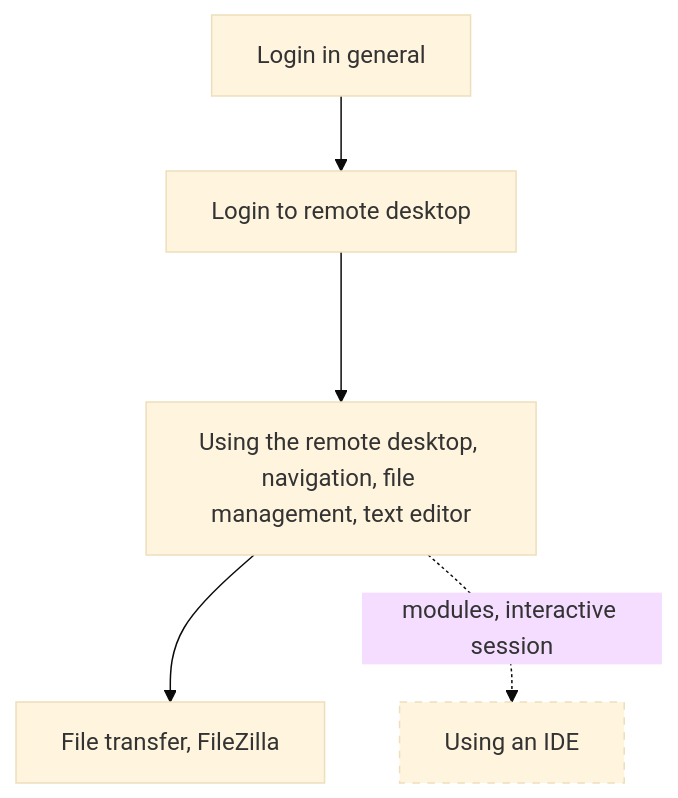
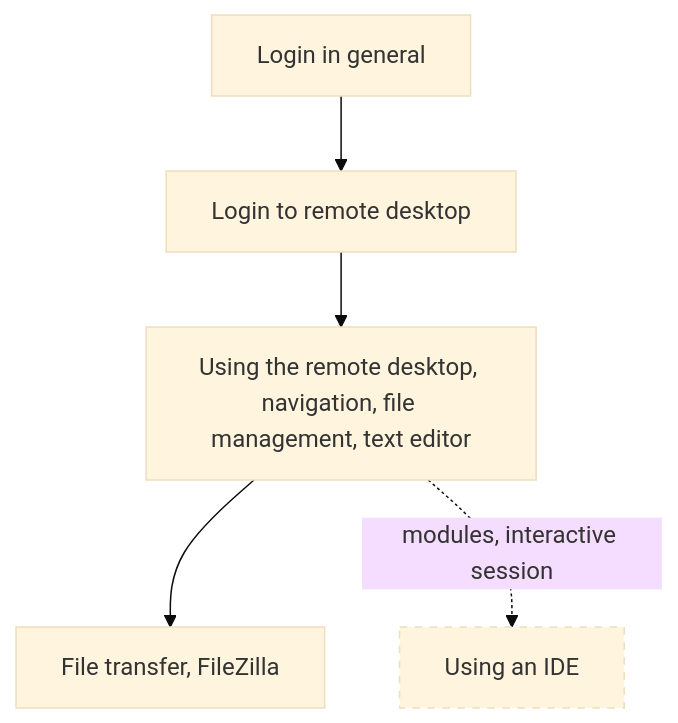
One commit to UPPMAX/uppmax_intro_day_1 changed the diagram in docs/sessions/introduction_visual.md. Above: the diagram before and after it, drawn with Mermaid (base theme).

Commit message:
Fix arrow length

````diff
--- a/docs/sessions/introduction_visual.md
+++ b/docs/sessions/introduction_visual.md
@@ -27,16 +27,16 @@
 ```mermaid
 flowchart TD
   classDef maybe_not_node stroke-dasharray: 5 5
 
   login[Login in general]
   login_remote_desktop[Login to remote desktop]
   use_remote_desktop[Using the remote desktop, navigation, file management, text editor]
   file_transfer_filezilla[File transfer, FileZilla]
   use_ide[Using an IDE]:::maybe_not_node
 
   %% GUI
   login --> login_remote_desktop
-  login_remote_desktop ---> use_remote_desktop
+  login_remote_desktop --> use_remote_desktop
   use_remote_desktop --> file_transfer_filezilla
   use_remote_desktop -.-> |modules, interactive session| use_ide
 ```
````
